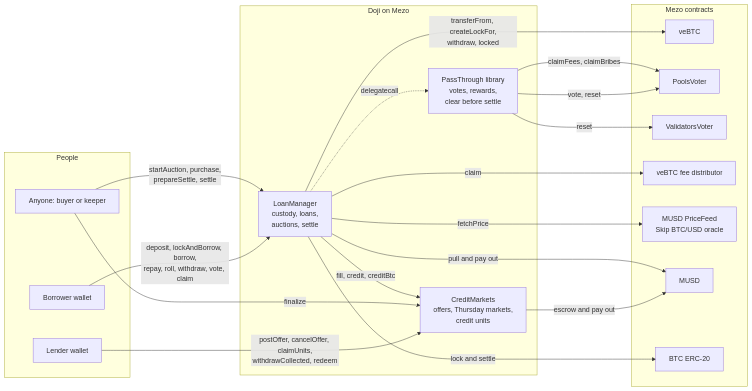
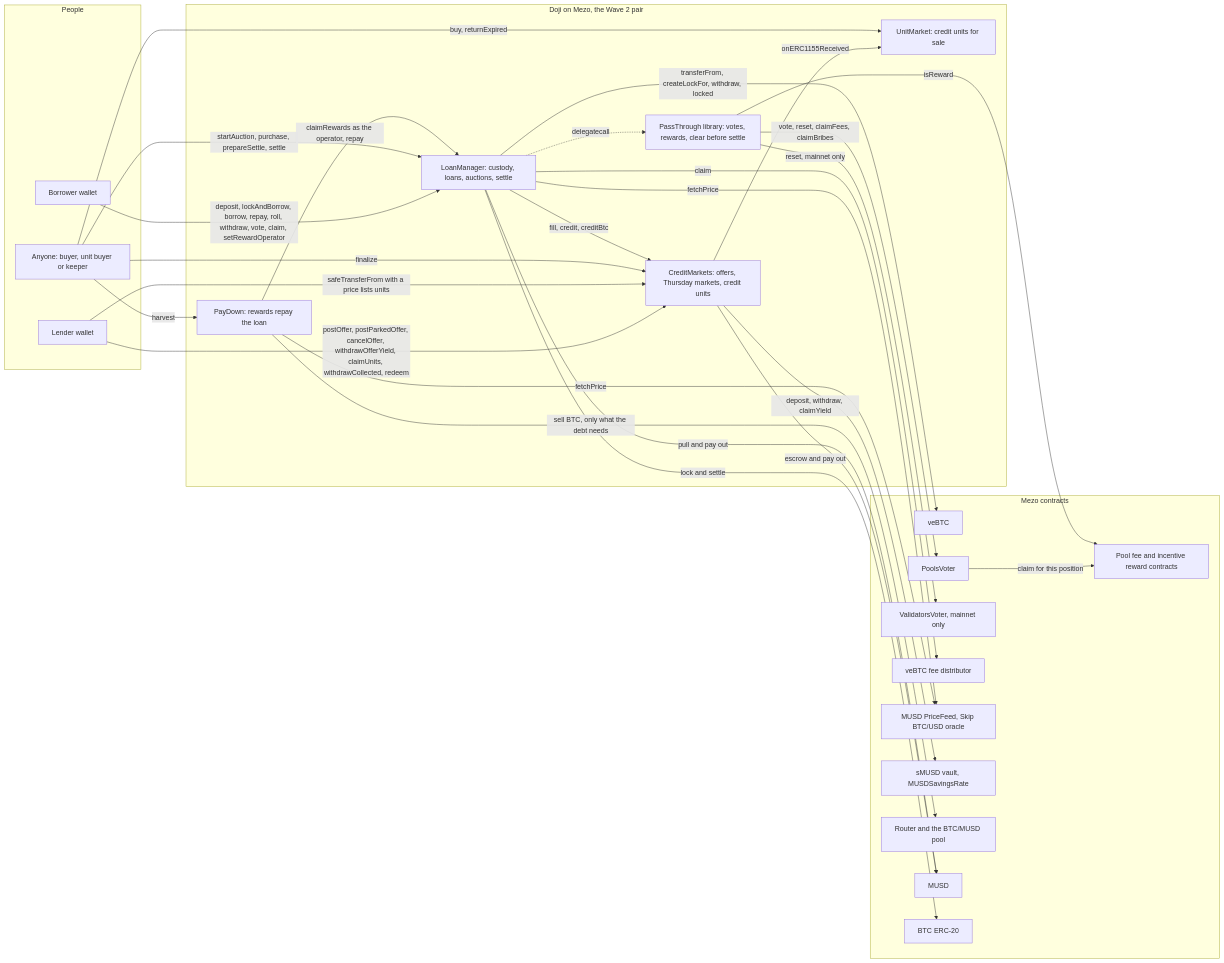
The first of 3 diagrams in ARCHITECTURE.md (ramakrishnanhulk20/doji), drawn with Mermaid before and after one commit. The commit also changed other lines of this file and 12 other files, not shown here.

First line of the commit message:
docs: Wave 2 contracts, tests, gas and audit

````diff
--- a/ARCHITECTURE.md
+++ b/ARCHITECTURE.md
@@ -7,40 +7,54 @@
 ```mermaid
 flowchart LR
   subgraph People
     B[Borrower wallet]
     L[Lender wallet]
-    X[Anyone: buyer or keeper]
+    X["Anyone: buyer, unit buyer or keeper"]
   end
 
-  subgraph Doji["Doji on Mezo"]
-    LM[LoanManager<br/>custody, loans,<br/>auctions, settle]
-    CM[CreditMarkets<br/>offers, Thursday markets,<br/>credit units]
-    PT[PassThrough library<br/>votes, rewards,<br/>clear before settle]
+  subgraph Doji["Doji on Mezo, the Wave 2 pair"]
+    LM["LoanManager: custody, loans, auctions, settle"]
+    CM["CreditMarkets: offers, Thursday markets, credit units"]
+    PT["PassThrough library: votes, rewards, clear before settle"]
+    PD["PayDown: rewards repay the loan"]
+    UM["UnitMarket: credit units for sale"]
   end
 
   subgraph Mezo["Mezo contracts"]
     VE[veBTC]
     PV[PoolsVoter]
-    VV[ValidatorsVoter]
+    RW["Pool fee and incentive reward contracts"]
+    VV["ValidatorsVoter, mainnet only"]
     FD[veBTC fee distributor]
-    PF[MUSD PriceFeed<br/>Skip BTC/USD oracle]
+    PF["MUSD PriceFeed, Skip BTC/USD oracle"]
+    SV["sMUSD vault, MUSDSavingsRate"]
+    RT["Router and the BTC/MUSD pool"]
     MUSD[MUSD]
     BTC[BTC ERC-20]
   end
 
-  B -- "deposit, lockAndBorrow, borrow,<br/>repay, roll, withdraw, vote, claim" --> LM
-  L -- "postOffer, cancelOffer, claimUnits,<br/>withdrawCollected, redeem" --> CM
-  X -- "startAuction, purchase,<br/>prepareSettle, settle" --> LM
+  B -- "deposit, lockAndBorrow, borrow, repay, roll, withdraw, vote, claim, setRewardOperator" --> LM
+  L -- "postOffer, postParkedOffer, cancelOffer, withdrawOfferYield, claimUnits, withdrawCollected, redeem" --> CM
+  L -- "safeTransferFrom with a price lists units" --> CM
+  CM -- "onERC1155Received" --> UM
+  X -- "buy, returnExpired" --> UM
+  X -- "startAuction, purchase, prepareSettle, settle" --> LM
   X -- finalize --> CM
+  X -- harvest --> PD
+  PD -- "claimRewards as the operator, repay" --> LM
+  PD -- "sell BTC, only what the debt needs" --> RT
+  PD -- fetchPrice --> PF
   LM -- "fill, credit, creditBtc" --> CM
+  CM -- "deposit, withdraw, claimYield" --> SV
   LM -. delegatecall .-> PT
-  LM -- "transferFrom, createLockFor,<br/>withdraw, locked" --> VE
-  PT -- "vote, reset" --> PV
-  PT -- reset --> VV
-  PT -- "claimFees, claimBribes" --> PV
+  LM -- "transferFrom, createLockFor, withdraw, locked" --> VE
+  PT -- "vote, reset, claimFees, claimBribes" --> PV
+  PV -- "claim for this position" --> RW
+  PT -- isReward --> RW
+  PT -- "reset, mainnet only" --> VV
   LM -- claim --> FD
   LM -- fetchPrice --> PF
   CM -- "escrow and pay out" --> MUSD
   LM -- "pull and pay out" --> MUSD
   LM -- "lock and settle" --> BTC
 ```
````
